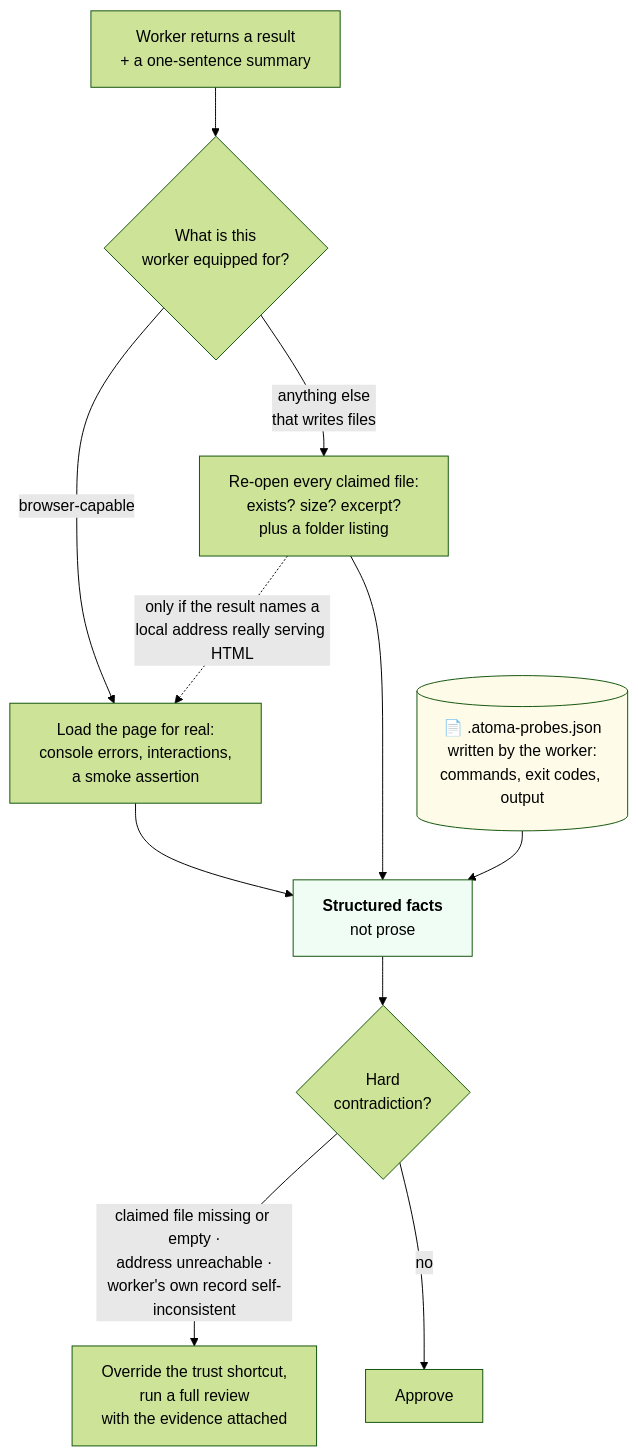
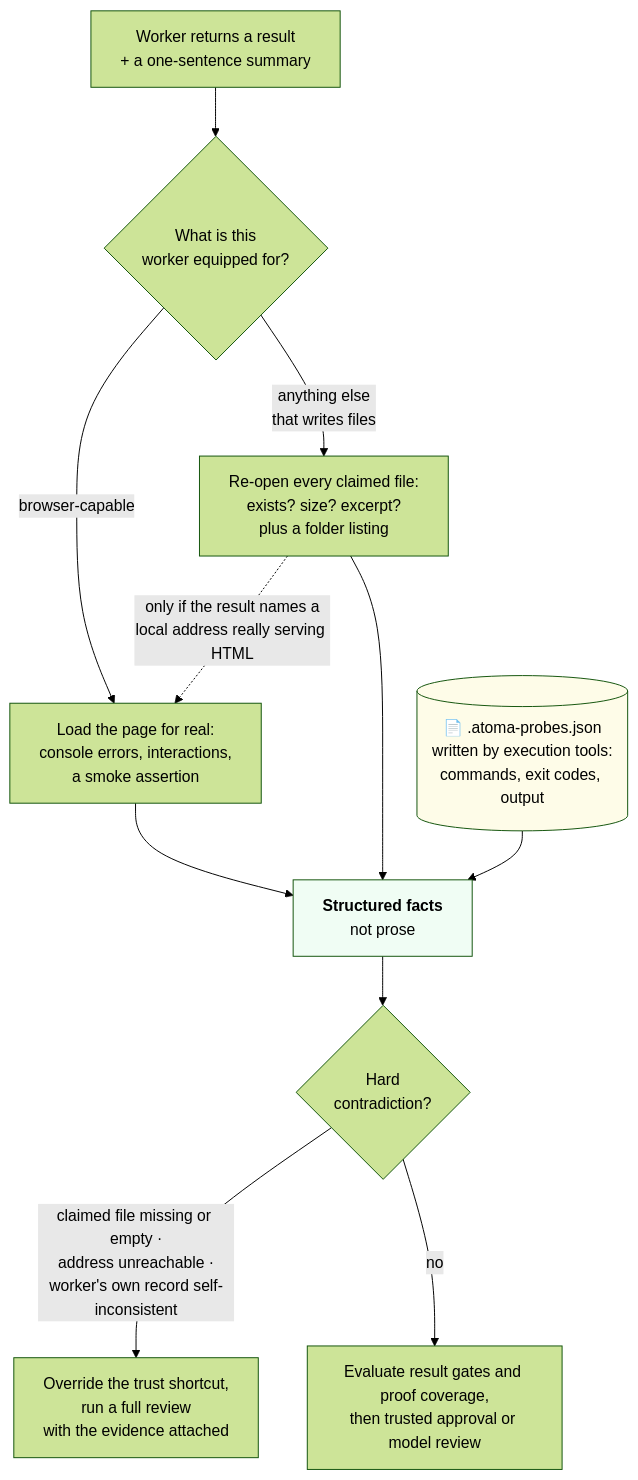
Before and after one commit to mgtf/atoma: the fifth of 6 diagrams in docs/how-it-works.md, drawn with Mermaid (forest theme). The commit also changed other lines of this file and 7 other files, not shown here.

````diff
--- a/docs/how-it-works.md
+++ b/docs/how-it-works.md
@@ -313,15 +363,15 @@
 ```mermaid
 graph TB
     R["Worker returns a result<br/>+ a one-sentence summary"] --> Q{"What is this<br/>worker equipped for?"}
     Q -->|"browser-capable"| WEB["Load the page for real:<br/>console errors, interactions,<br/>a smoke assertion"]
     Q -->|"anything else<br/>that writes files"| FILE["Re-open every claimed file:<br/>exists? size? excerpt?<br/>plus a folder listing"]
     FILE -.->|"only if the result names a<br/>local address really serving HTML"| WEB
     WEB --> FACTS
     FILE --> FACTS["<b>Structured facts</b><br/>not prose"]
-    MAN[("📄 .atoma-probes.json<br/>written by the worker:<br/>commands, exit codes, output")] --> FACTS
+    MAN[("📄 .atoma-probes.json<br/>written by execution tools:<br/>commands, exit codes, output")] --> FACTS
     FACTS --> D{"Hard<br/>contradiction?"}
     D -->|"claimed file missing or empty ·<br/>address unreachable ·<br/>worker's own record self-inconsistent"| REJ["Override the trust shortcut,<br/>run a full review<br/>with the evidence attached"]
-    D -->|"no"| OK["Approve"]
+    D -->|"no"| OK["Evaluate result gates and proof coverage,<br/>then trusted approval or model review"]
     style FACTS fill:#f0fdf4
     style MAN fill:#fefce8
 ```
````
